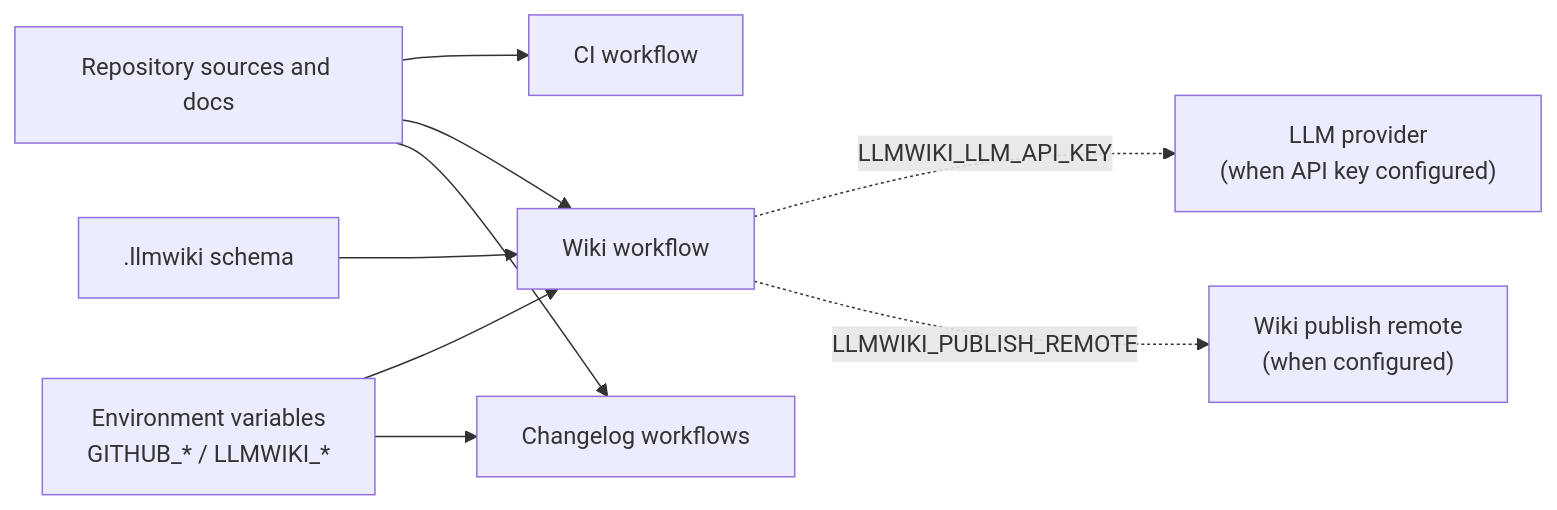
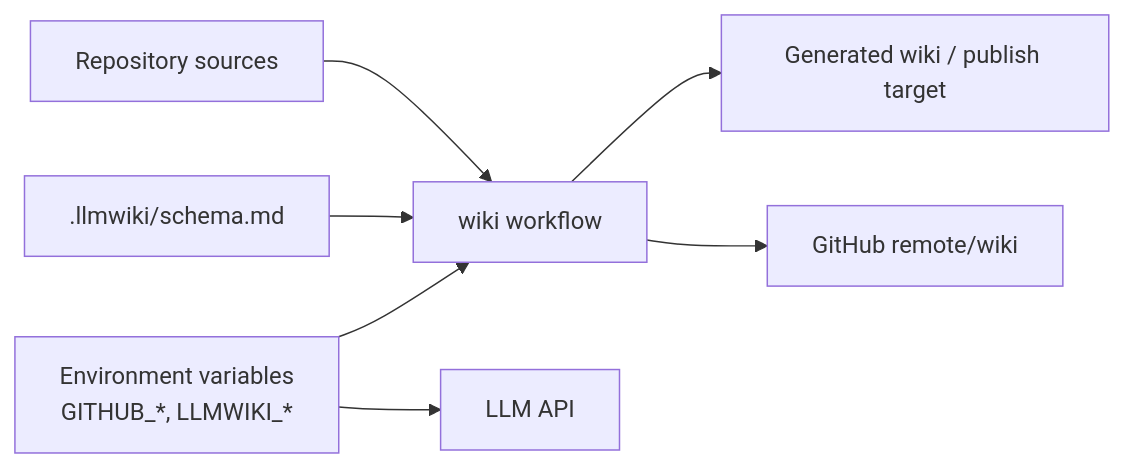
Before and after one commit to mfittko/repo-wiki: the third of 4 diagrams in Architecture.md, drawn with Mermaid. The commit also changed other lines of this file and 45 other files, not shown here.

Commit message:
Compile repository wiki 2026-06-12T14:50:50.423Z

````diff
--- a/Architecture.md
+++ b/Architecture.md
@@ -237,20 +195,17 @@
 ```mermaid
 flowchart LR
-  Sources["Repository sources and docs"]
-  Env["Environment variables<br/>GITHUB_* / LLMWIKI_*"]
-  CI["CI workflow"]
-  WikiWorkflow["Wiki workflow"]
-  Changelog["Changelog workflows"]
-  Schema[".llmwiki schema"]
-  LLM["LLM provider<br/>(when API key configured)"]
-  WikiRemote["Wiki publish remote<br/>(when configured)"]
+    Sources["Repository sources"]
+    Schema[".llmwiki/schema.md"]
+    Env["Environment variables<br/>GITHUB_*, LLMWIKI_*"]
+    WikiWorkflow["wiki workflow"]
+    WikiArtifact["Generated wiki / publish target"]
+    GitHub["GitHub remote/wiki"]
+    LLM["LLM API"]
 
-  Sources --> CI
-  Sources --> WikiWorkflow
-  Sources --> Changelog
-  Env --> WikiWorkflow
-  Env --> Changelog
-  Schema --> WikiWorkflow
-  WikiWorkflow -. "LLMWIKI_LLM_API_KEY" .-> LLM
-  WikiWorkflow -. "LLMWIKI_PUBLISH_REMOTE" .-> WikiRemote
+    Sources --> WikiWorkflow
+    Schema --> WikiWorkflow
+    Env --> WikiWorkflow
+    Env --> LLM
+    WikiWorkflow --> WikiArtifact
+    WikiWorkflow --> GitHub
 ```
````
